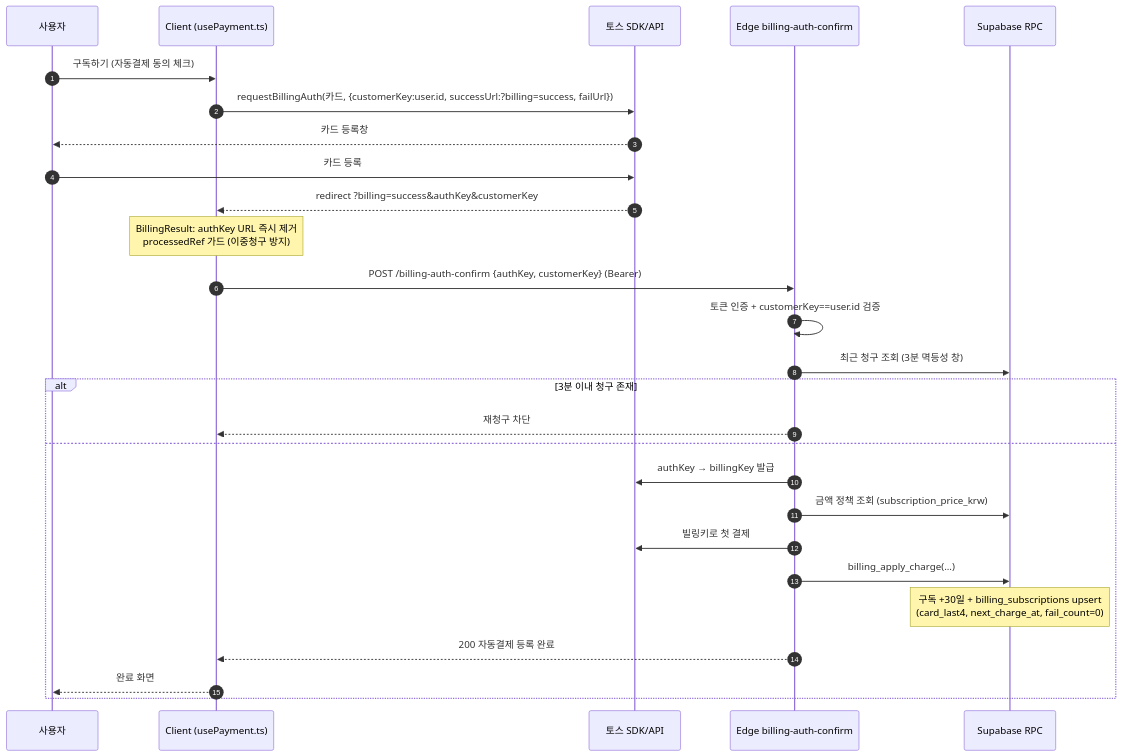
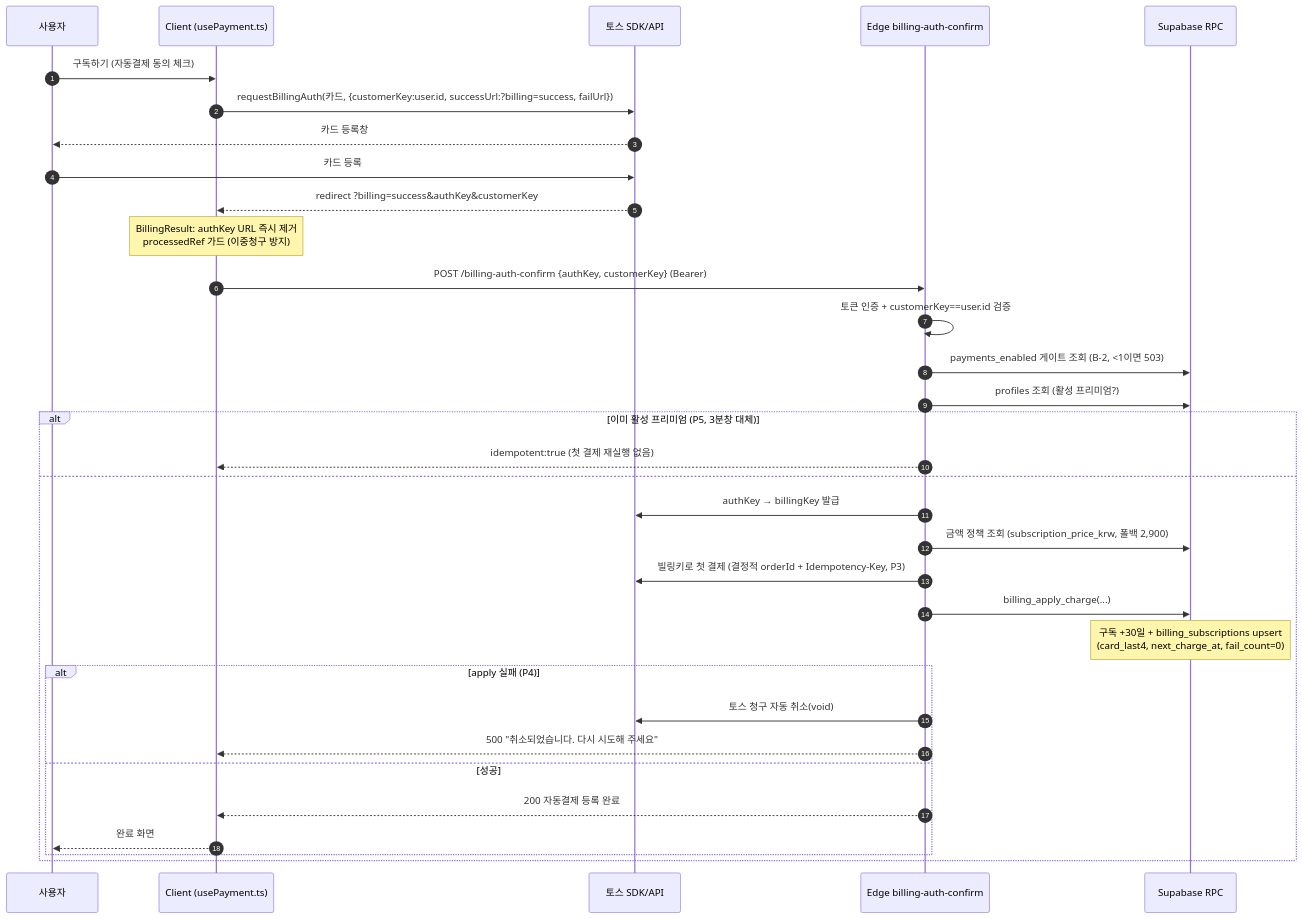
The second of 5 diagrams in docs/prd/07-mypage-payment-billing.md (crebiz-commits/ai-v-market), drawn with Mermaid before and after one commit. The commit also changed other lines of this file and 10 other files, not shown here.

````diff
--- a/docs/prd/07-mypage-payment-billing.md
+++ b/docs/prd/07-mypage-payment-billing.md
@@ -450,29 +465,35 @@
 ```mermaid
 sequenceDiagram
     autonumber
     participant U as 사용자
     participant C as Client (usePayment.ts)
     participant T as 토스 SDK/API
     participant E as Edge billing-auth-confirm
     participant DB as Supabase RPC
     U->>C: 구독하기 (자동결제 동의 체크)
     C->>T: requestBillingAuth(카드, {customerKey:user.id, successUrl:?billing=success, failUrl})
     T-->>U: 카드 등록창
     U->>T: 카드 등록
     T-->>C: redirect ?billing=success&authKey&customerKey
     Note over C: BillingResult: authKey URL 즉시 제거<br/>processedRef 가드 (이중청구 방지)
     C->>E: POST /billing-auth-confirm {authKey, customerKey} (Bearer)
     E->>E: 토큰 인증 + customerKey==user.id 검증
-    E->>DB: 최근 청구 조회 (3분 멱등성 창)
-    alt 3분 이내 청구 존재
-        E-->>C: 재청구 차단
+    E->>DB: payments_enabled 게이트 조회 (B-2, <1이면 503)
+    E->>DB: profiles 조회 (활성 프리미엄?)
+    alt 이미 활성 프리미엄 (P5, 3분창 대체)
+        E-->>C: idempotent:true (첫 결제 재실행 없음)
     else
         E->>T: authKey → billingKey 발급
-        E->>DB: 금액 정책 조회 (subscription_price_krw)
-        E->>T: 빌링키로 첫 결제
+        E->>DB: 금액 정책 조회 (subscription_price_krw, 폴백 2,900)
+        E->>T: 빌링키로 첫 결제 (결정적 orderId + Idempotency-Key, P3)
         E->>DB: billing_apply_charge(...)
         Note over DB: 구독 +30일 + billing_subscriptions upsert<br/>(card_last4, next_charge_at, fail_count=0)
-        E-->>C: 200 자동결제 등록 완료
-        C-->>U: 완료 화면
+        alt apply 실패 (P4)
+            E->>T: 토스 청구 자동 취소(void)
+            E-->>C: 500 "취소되었습니다. 다시 시도해 주세요"
+        else 성공
+            E-->>C: 200 자동결제 등록 완료
+            C-->>U: 완료 화면
+        end
     end
 ```
````
